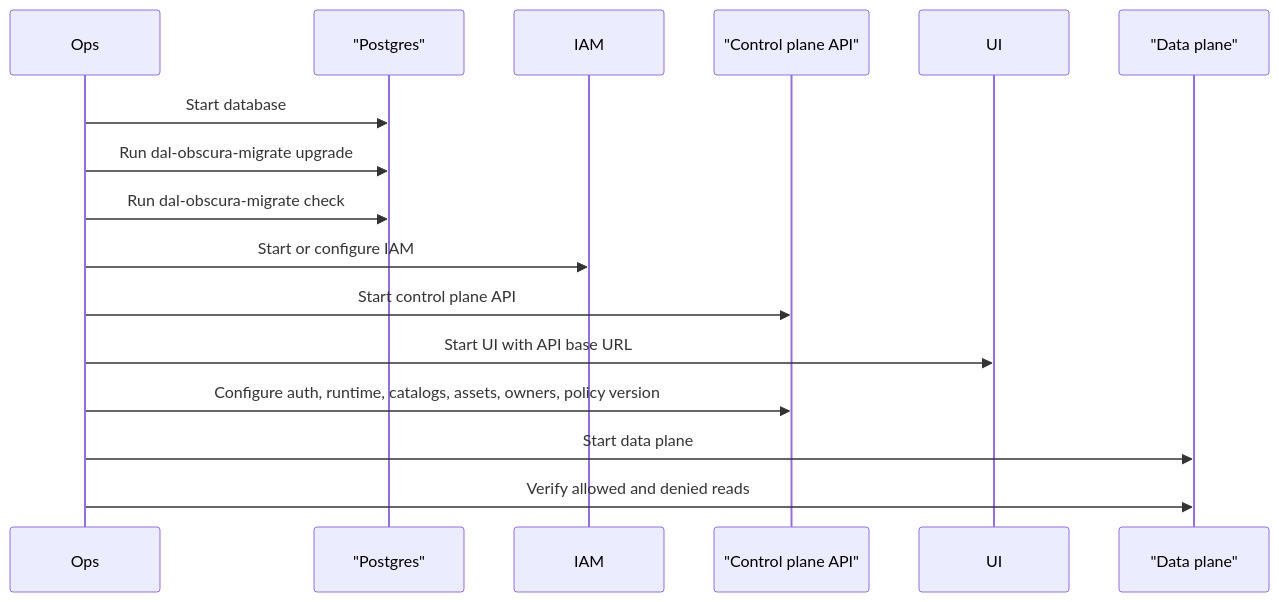
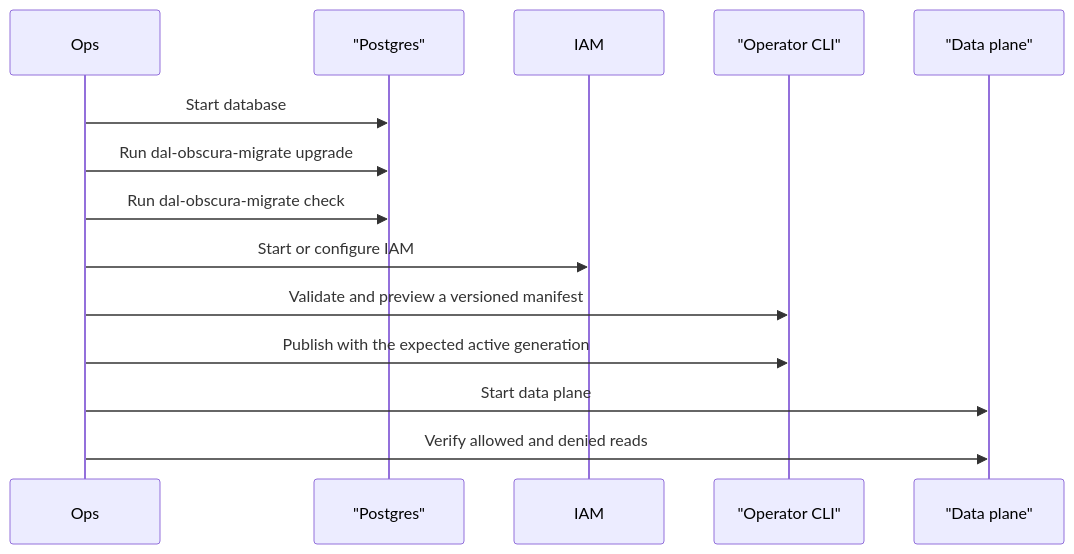
Before and after one commit to snithish/dal-obscura: the second of 2 diagrams in docs/operators.md, drawn with Mermaid. The commit also changed other lines of this file and 3 other files, not shown here.

````diff
--- a/docs/operators.md
+++ b/docs/operators.md
@@ -92,19 +85,17 @@
 ```mermaid
 sequenceDiagram
     participant Ops
     participant DB as "Postgres"
     participant IAM
-    participant CP as "Control plane API"
-    participant UI
+    participant CLI as "Operator CLI"
     participant DP as "Data plane"
 
     Ops->>DB: Start database
     Ops->>DB: Run dal-obscura-migrate upgrade
     Ops->>DB: Run dal-obscura-migrate check
     Ops->>IAM: Start or configure IAM
-    Ops->>CP: Start control plane API
-    Ops->>UI: Start UI with API base URL
-    Ops->>CP: Configure auth, runtime, catalogs, assets, owners, policy version
+    Ops->>CLI: Validate and preview a versioned manifest
+    Ops->>CLI: Publish with the expected active generation
     Ops->>DP: Start data plane
     Ops->>DP: Verify allowed and denied reads
 ```
````
